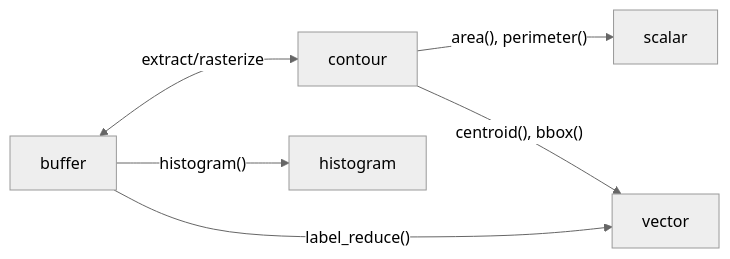
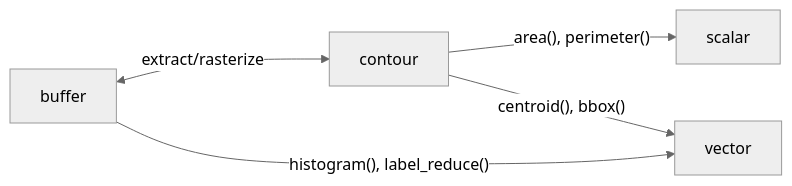
One commit to heshamdar/polars-cv changed the diagram in polars-cv/docs/user-guide/concepts/domains.md. Above: the diagram before and after it, drawn with Mermaid (neutral theme). The commit also changed other lines of this file and 10 other files, not shown here.

````diff
--- a/polars-cv/docs/user-guide/concepts/domains.md
+++ b/polars-cv/docs/user-guide/concepts/domains.md
@@ -17,8 +16,7 @@
 ```mermaid
 flowchart LR
     Buffer["buffer"] <-->|"extract/rasterize"| Contour["contour"]
-    Buffer -->|"histogram()"| Histogram["histogram"]
-    Buffer -->|"label_reduce()"| Vector["vector"]
+    Buffer -->|"histogram(), label_reduce()"| Vector["vector"]
     Contour -->|"area(), perimeter()"| Scalar["scalar"]
     Contour -->|"centroid(), bbox()"| Vector
 ```
````
